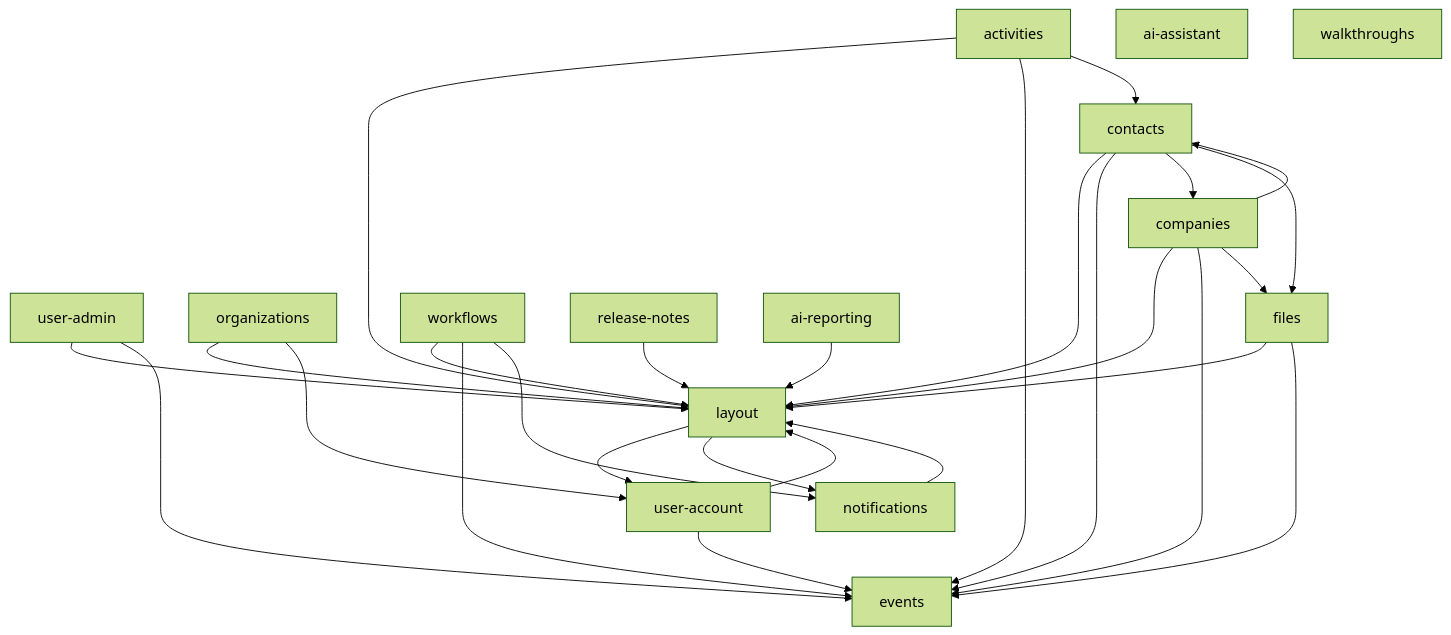
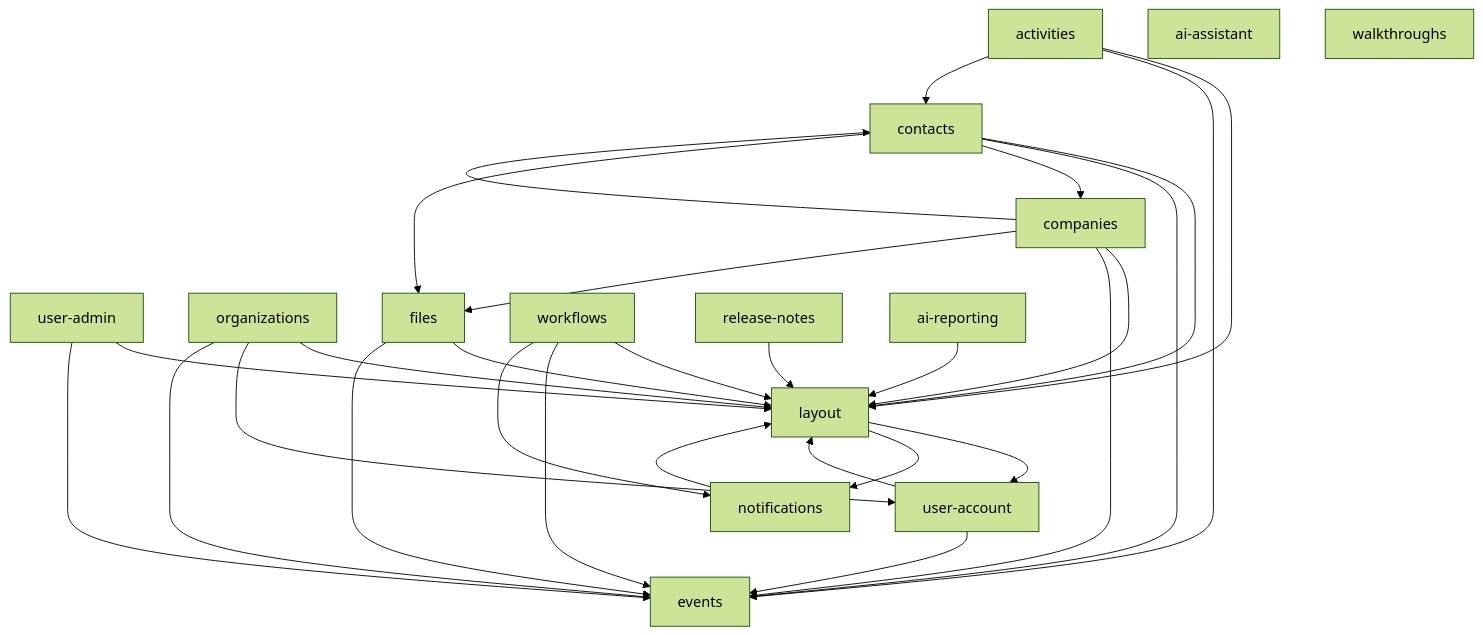
One commit to lowdefy/modules-mongodb changed the diagram in docs/index.md. Above: the diagram before and after it, drawn with Mermaid (forest theme). The commit also changed other lines of this file and 112 other files, not shown here.

````diff
--- a/docs/index.md
+++ b/docs/index.md
@@ -36,33 +36,34 @@
 ```mermaid
 graph TD
   layout --> user-account
   layout --> notifications
   user-account --> layout
   user-account --> events
   user-admin --> layout
   user-admin --> events
   organizations --> layout
   organizations --> user-account
+  organizations --> events
   notifications --> layout
   contacts --> layout
   contacts --> events
   contacts --> companies
   contacts --> files
   companies --> layout
   companies --> events
   companies --> contacts
   companies --> files
   files --> layout
   files --> events
   activities --> layout
   activities --> events
   activities --> contacts
   ai-assistant
   walkthroughs
   workflows --> layout
   workflows --> events
   workflows --> notifications
   release-notes --> layout
   events
   ai-reporting --> layout
 ```
````
